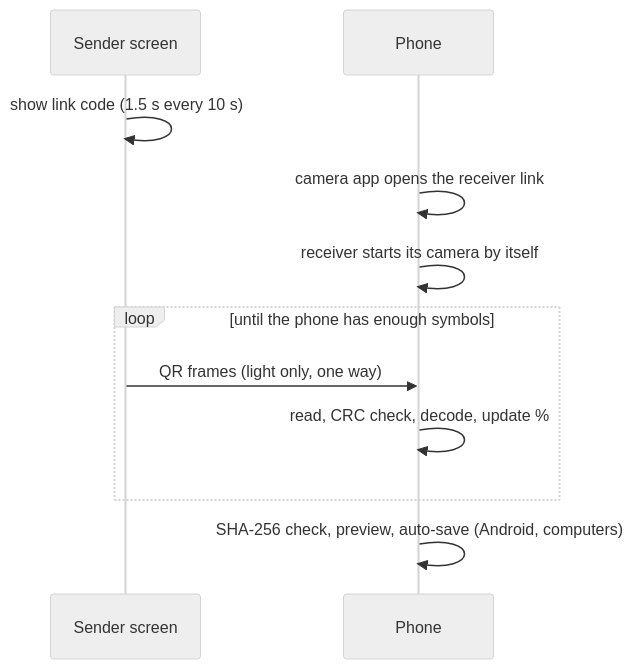
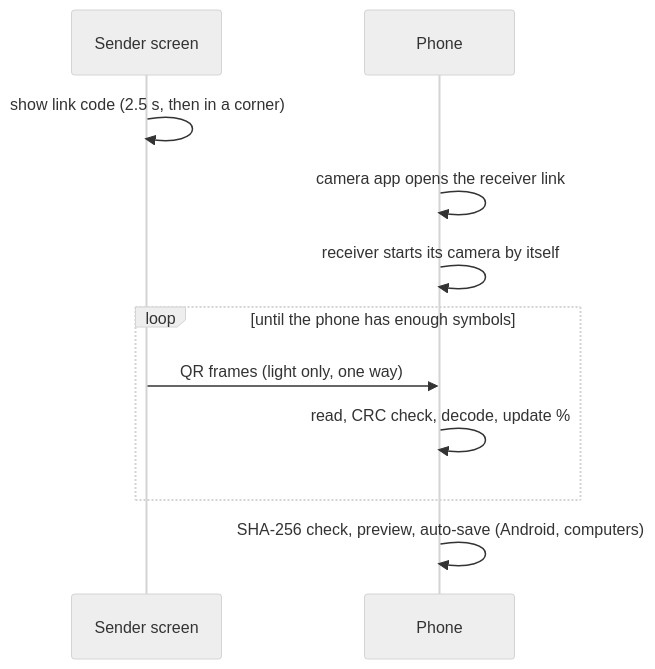
Before and after one commit to yeerock/qrstream: the second of 2 diagrams in README.md, drawn with Mermaid (neutral theme). The commit also changed other lines of this file and 21 other files, not shown here.

````diff
--- a/README.md
+++ b/README.md
@@ -83,13 +83,13 @@
 ```mermaid
 sequenceDiagram
   participant S as Sender screen
   participant P as Phone
-  S->>S: show link code (1.5 s every 10 s)
+  S->>S: show link code (2.5 s, then in a corner)
   P->>P: camera app opens the receiver link
   P->>P: receiver starts its camera by itself
   loop until the phone has enough symbols
     S->>P: QR frames (light only, one way)
     P->>P: read, CRC check, decode, update %
   end
   P->>P: SHA-256 check, preview, auto-save (Android, computers)
 ```
````
